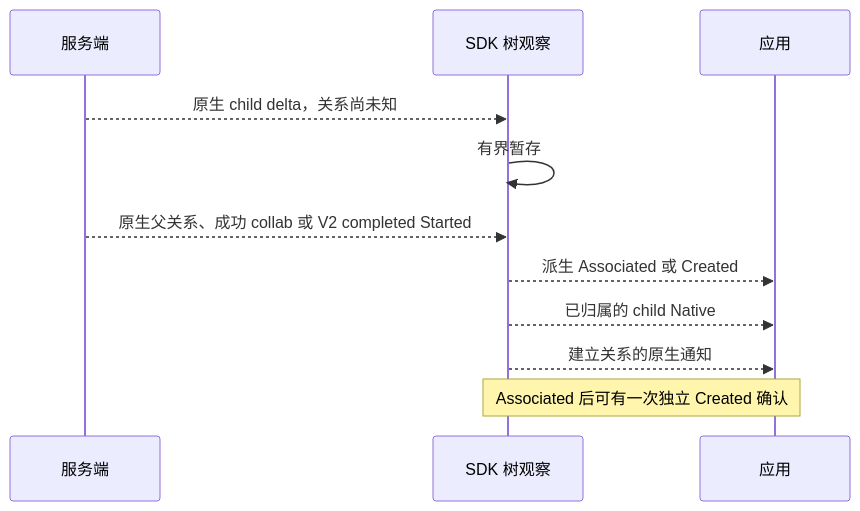
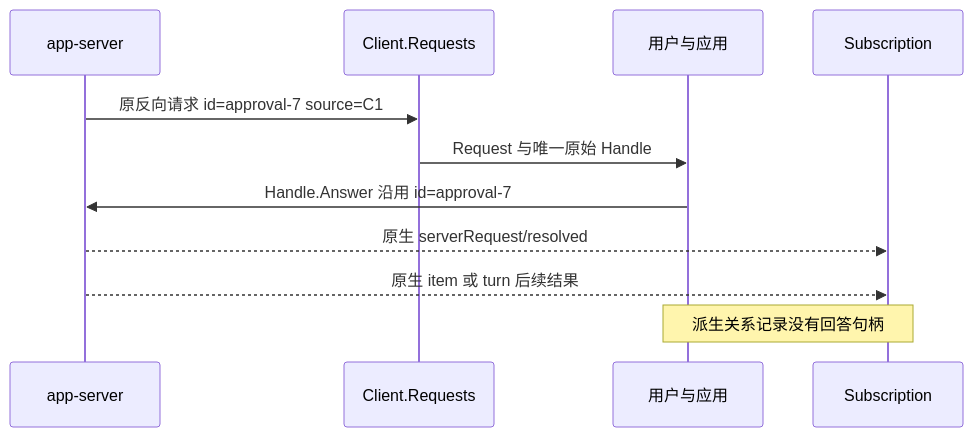
Before and after one commit to zoumo/agent-sdk-go: the third of 7 diagrams in docs/event-sequences.md, drawn with Mermaid. The commit also changed other lines of this file and 26 other files, not shown here.

````diff
--- a/docs/event-sequences.md
+++ b/docs/event-sequences.md
@@ -142,13 +91,13 @@
 ```mermaid
 sequenceDiagram
-    participant S as 服务端
-    participant T as SDK 树观察
-    participant A as 应用
-    S-->>T: 原生 child delta，关系尚未知
-    T->>T: 有界暂存
-    S-->>T: 原生父关系、成功 collab 或 V2 completed Started
-    T-->>A: 派生 Associated 或 Created
-    T-->>A: 已归属的 child Native
-    T-->>A: 建立关系的原生通知
-    Note over T,A: Associated 后可有一次独立 Created 确认
+    participant S as app-server
+    participant Q as Client.Requests
+    participant U as 用户与应用
+    participant O as Subscription
+    S->>Q: 原反向请求 id=approval-7 source=C1
+    Q->>U: Request 与唯一原始 Handle
+    U->>S: Handle.Answer 沿用 id=approval-7
+    S-->>O: 原生 serverRequest/resolved
+    S-->>O: 原生 item 或 turn 后续结果
+    Note over U,O: 派生关系记录没有回答句柄
 ```
````
